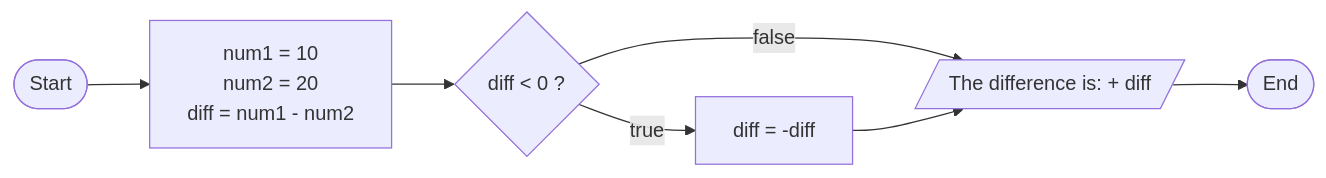
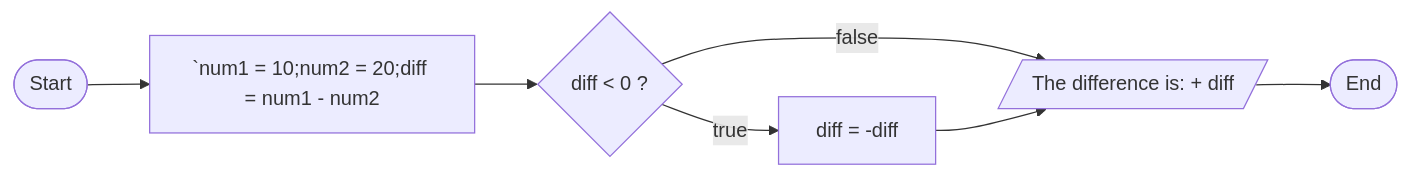
One commit to afzalimdad9/JS-Notes changed the second of 9 diagrams in README.MD. Above: the diagram before and after it, drawn with Mermaid.

Commit message:
Flowchart

````diff
--- a/README.MD
+++ b/README.MD
@@ -754,11 +754,9 @@
 ```mermaid
 graph LR
-  A([Start]) --> B[num1 = 10
-  num2 = 20
-  diff = num1 - num2]
+  A([Start]) --> B[`num1 = 10;num2 = 20;diff = num1 - num2]
   B--> E{diff < 0 ?}
   E -->|true| F[diff = -diff]
   E -->|false| G[/"The difference is: " + diff/]
   F --> G
   G --> H([End])
 ```
````
